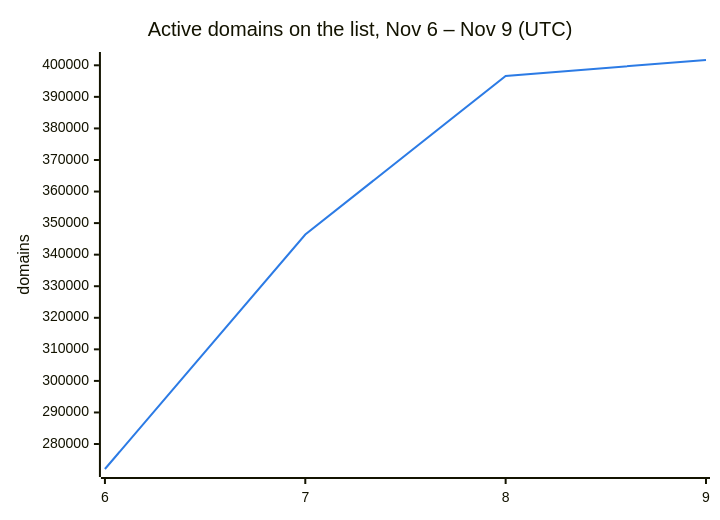
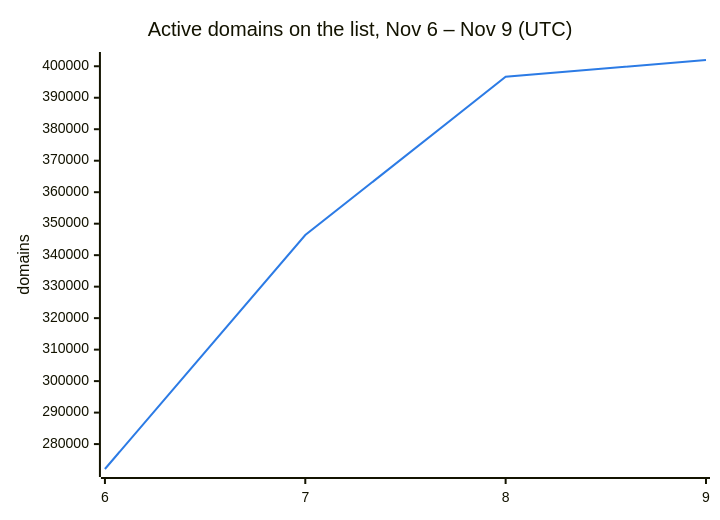
The second of 3 diagrams in README.md (DNSBunker/CTI), drawn with Mermaid before and after one commit. The commit also changed other lines of this file and 3 other files, not shown here.

````diff
--- a/README.md
+++ b/README.md
@@ -38,8 +38,8 @@
 ```mermaid
 %%{init: {"themeVariables": {"xyChart": {"plotColorPalette": "#2c7be5"}}}}%%
 xychart-beta
     title "Active domains on the list, Nov 6 – Nov 9 (UTC)"
     x-axis ["6", "7", "8", "9"]
     y-axis "domains"
-    line [272088, 346388, 396638, 401678]
+    line [272088, 346388, 396638, 401986]
 ```
````
